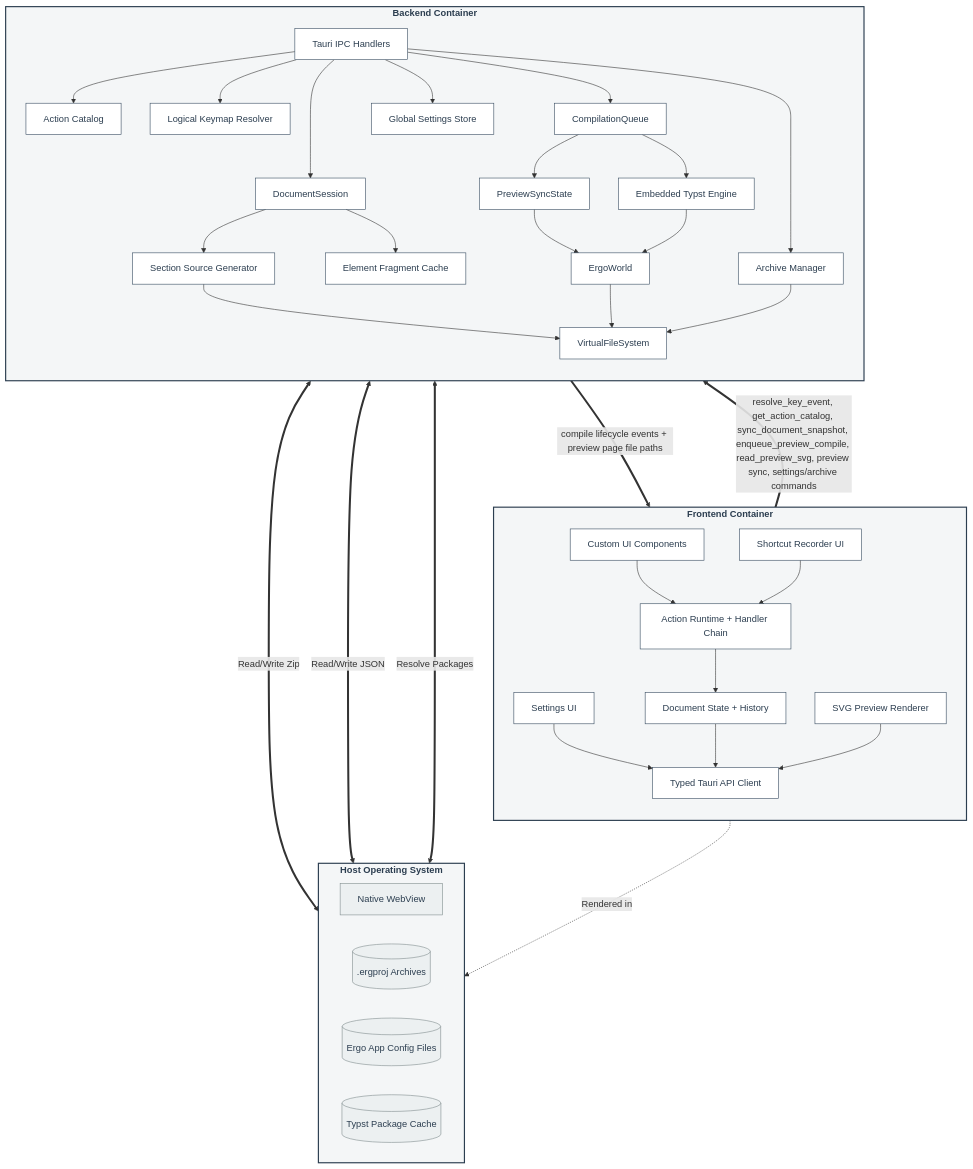
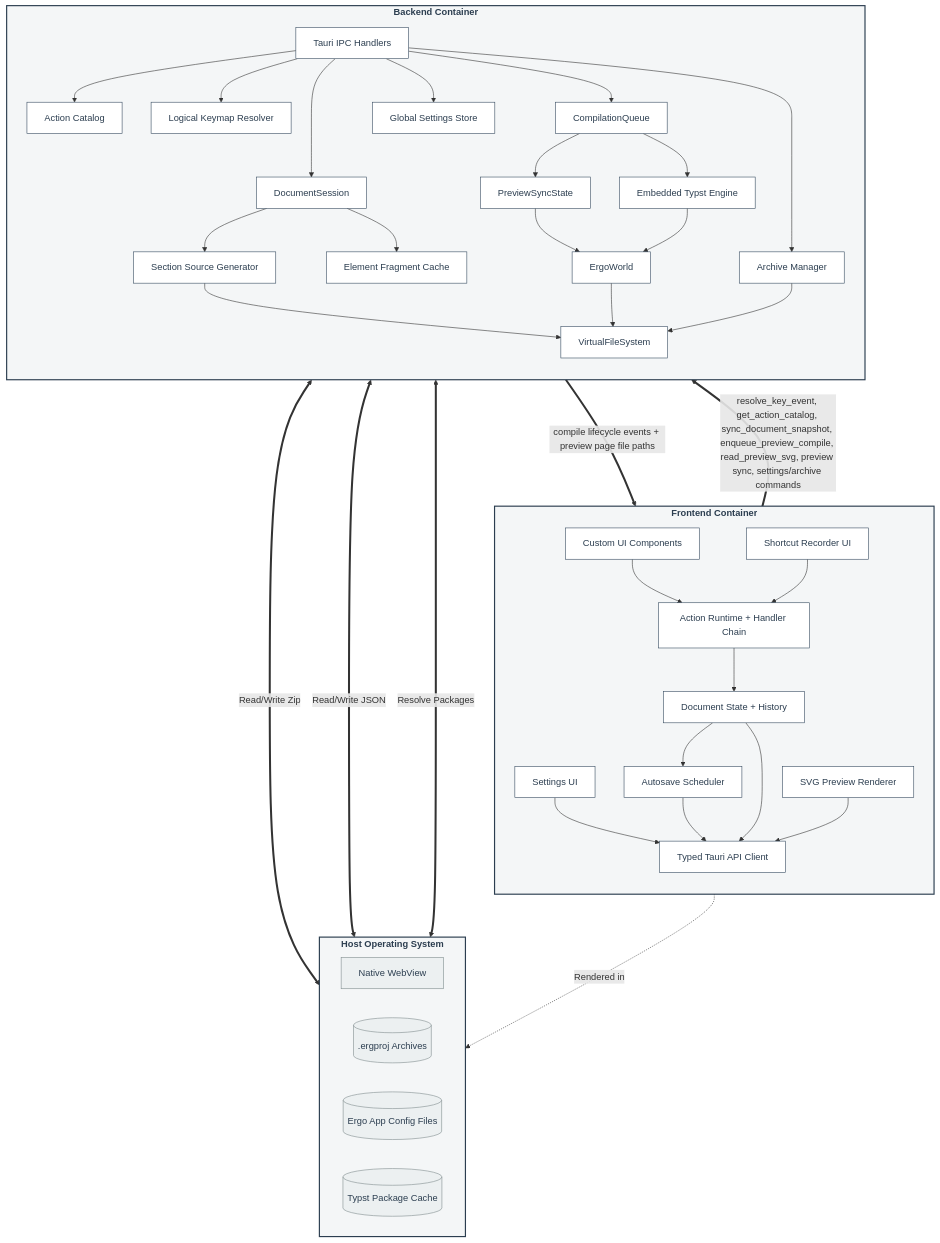
The diagram in context/component-diagram.md (andmoreduro/ergo), drawn with Mermaid before and after one commit. The commit also changed other lines of this file and 5 other files, not shown here.

First line of the commit message:
docs: refresh context design documents for current architecture

````diff
--- a/context/component-diagram.md
+++ b/context/component-diagram.md
@@ -24,76 +24,79 @@
 ```mermaid
 flowchart TB
     classDef container fill:#f4f6f7,stroke:#2c3e50,stroke-width:2px,color:#2c3e50,font-weight:bold;
     classDef comp fill:#ffffff,stroke:#34495e,stroke-width:1px,color:#2c3e50;
     classDef db fill:#ecf0f1,stroke:#7f8c8d,stroke-width:1px,color:#2c3e50;
 
     subgraph Frontend ["Frontend Container"]
         direction TB
         UI["Custom UI Components"]:::comp
         Commands["Action Runtime + Handler Chain"]:::comp
         Keymap["Shortcut Recorder UI"]:::comp
         DocState["Document State + History"]:::comp
         SettingsUI["Settings UI"]:::comp
+        Autosave["Autosave Scheduler"]:::comp
         Preview["SVG Preview Renderer"]:::comp
         TauriClient["Typed Tauri API Client"]:::comp
 
         UI --> Commands
         Keymap --> Commands
         Commands --> DocState
         SettingsUI --> TauriClient
+        Autosave --> TauriClient
+        DocState --> Autosave
         DocState --> TauriClient
         Preview --> TauriClient
     end
 
     subgraph Backend ["Backend Container"]
         direction TB
         Handlers["Tauri IPC Handlers"]:::comp
         Session["DocumentSession"]:::comp
         FragmentCache["Element Fragment Cache"]:::comp
         SourceGen["Section Source Generator"]:::comp
         VFS["VirtualFileSystem"]:::comp
         Queue["CompilationQueue"]:::comp
         PreviewSync["PreviewSyncState"]:::comp
         World["ErgoWorld"]:::comp
         Compiler["Embedded Typst Engine"]:::comp
         Archive["Archive Manager"]:::comp
         SettingsStore["Global Settings Store"]:::comp
         ActionCatalog["Action Catalog"]:::comp
         KeyResolver["Logical Keymap Resolver"]:::comp
 
         Handlers --> ActionCatalog
         Handlers --> KeyResolver
         Handlers --> Session
         Handlers --> Queue
         Handlers --> Archive
         Handlers --> SettingsStore
         Session --> FragmentCache
         Session --> SourceGen
         SourceGen --> VFS
         Queue --> Compiler
         Queue --> PreviewSync
         PreviewSync --> World
         Compiler --> World
         World --> VFS
         Archive --> VFS
     end
 
     subgraph System ["Host Operating System"]
         direction LR
         WebView["Native WebView"]:::db
         ProjectFiles[(".ergproj Archives")]:::db
         SettingsFile[("Ergo App Config Files")]:::db
         TypstCache[("Typst Package Cache")]:::db
     end
 
     Frontend -. "Rendered in" .-> WebView
     TauriClient == "resolve_key_event, get_action_catalog, sync_document_snapshot, enqueue_preview_compile, read_preview_svg, preview sync, settings/archive commands" ==> Handlers
     Handlers == "compile lifecycle events + preview page file paths" ==> TauriClient
     Archive <== "Read/Write Zip" ==> ProjectFiles
     SettingsStore <== "Read/Write JSON" ==> SettingsFile
     Compiler <== "Resolve Packages" ==> TypstCache
 
     class Frontend container
     class Backend container
     class System container
 ```
````
